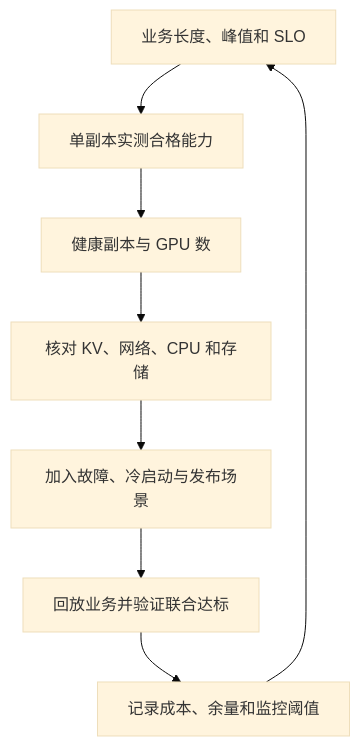
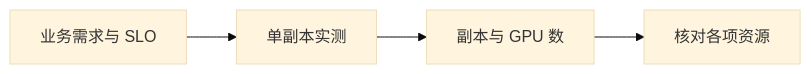
One commit to vinsonnnnn/AIInfraGuide changed the first of 2 diagrams in docs/guides/模块四-推理优化/第9章-生产部署与运维/9.4-容量规划与成本账本.md. Above: the diagram before and after it, drawn with Mermaid (base theme). The commit also changed other lines of this file and 19 other files, not shown here.

````diff
--- a/docs/guides/模块四-推理优化/第9章-生产部署与运维/9.4-容量规划与成本账本.md
+++ b/docs/guides/模块四-推理优化/第9章-生产部署与运维/9.4-容量规划与成本账本.md
@@ -193,10 +206,6 @@
 ```mermaid
-graph TD
-    A["业务长度、峰值和 SLO"] --> B["单副本实测合格能力"]
-    B --> C["健康副本与 GPU 数"]
-    C --> D["核对 KV、网络、CPU 和存储"]
-    D --> E["加入故障、冷启动与发布场景"]
-    E --> F["回放业务并验证联合达标"]
-    F --> G["记录成本、余量和监控阈值"]
-    G --> A
+flowchart LR
+    A["业务需求与 SLO"] --> B["单副本实测"]
+    B --> C["副本与 GPU 数"]
+    C --> D["核对各项资源"]
 ```
````
